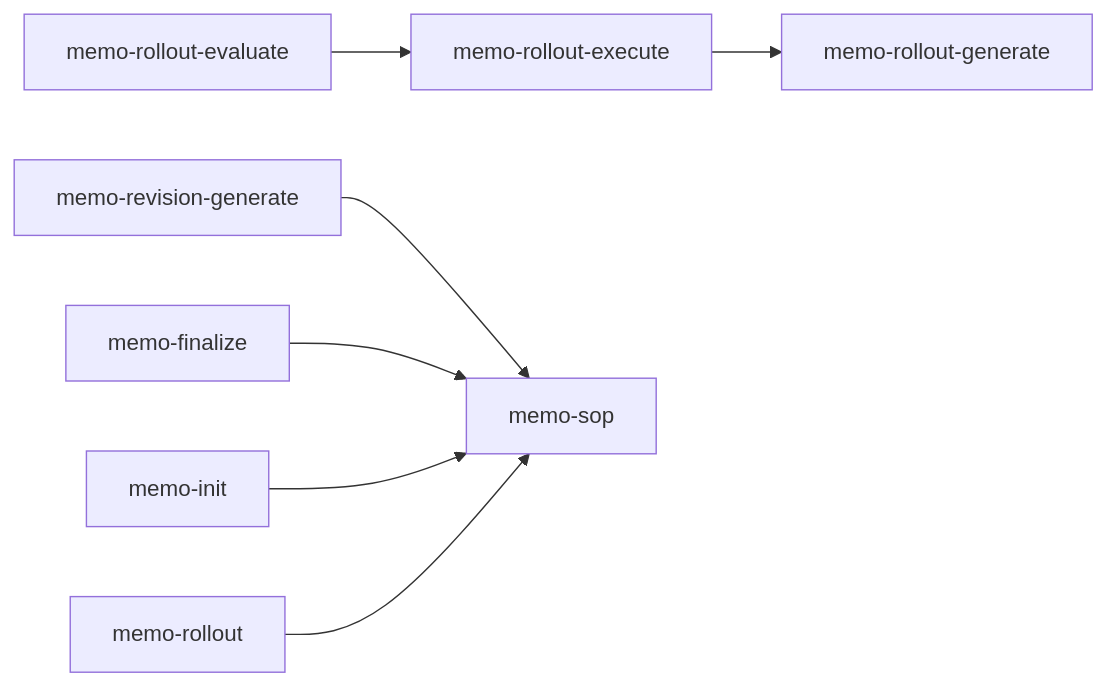
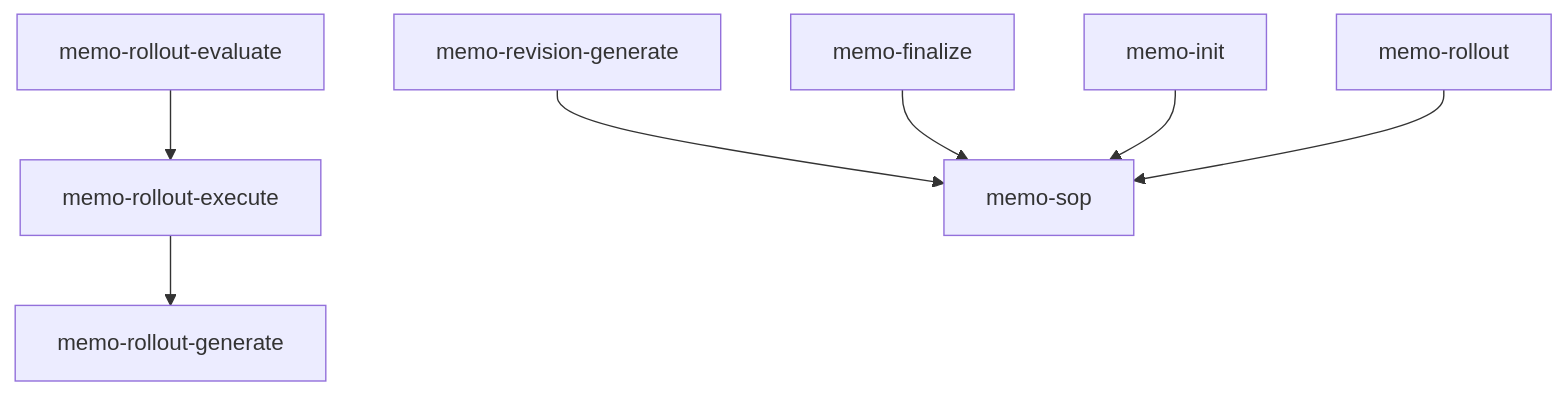
The diagram in dist/memo/0.1.0/bridge/46-bridge.md (Memo-Init/spec), drawn with Mermaid before and after one commit. The commit also changed other lines of this file and 184 other files, not shown here.

Commit message:
Bridge: overview/lang/gaps/nav/diagram M059-01

````diff
--- a/dist/memo/0.1.0/bridge/46-bridge.md
+++ b/dist/memo/0.1.0/bridge/46-bridge.md
@@ -13,17 +666,17 @@
 ```mermaid
-flowchart LR
+flowchart TD
     sk_memo_finalize["memo-finalize"]
     sk_memo_init["memo-init"]
     sk_memo_revision_generate["memo-revision-generate"]
     sk_memo_rollout["memo-rollout"]
     sk_memo_rollout_evaluate["memo-rollout-evaluate"]
     sk_memo_rollout_execute["memo-rollout-execute"]
     sk_memo_rollout_generate["memo-rollout-generate"]
     sk_memo_sop["memo-sop"]
     sk_memo_revision_generate --> sk_memo_sop
     sk_memo_finalize --> sk_memo_sop
     sk_memo_init --> sk_memo_sop
     sk_memo_rollout_evaluate --> sk_memo_rollout_execute
     sk_memo_rollout_execute --> sk_memo_rollout_generate
     sk_memo_rollout --> sk_memo_sop
 ```
````
